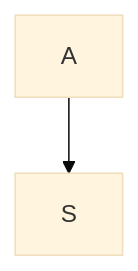
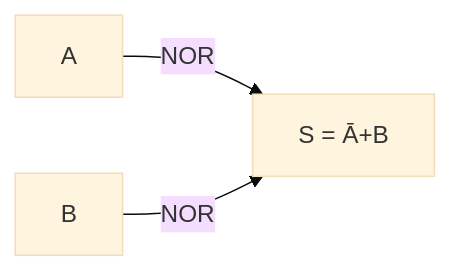
The sixth of 8 diagrams in content/pt-br/resource/Engenharia de Computação/6-periodo/eletronica-digital/anotacoes/aula-01-portas-logicas.md (pedroiff0/page), drawn with Mermaid (base theme) before and after one commit. The commit also changed other lines of this file and 96 other files, not shown here.

````diff
--- a/content/pt-br/resource/Engenharia de Computação/6-periodo/eletronica-digital/anotacoes/aula-01-portas-logicas.md
+++ b/content/pt-br/resource/Engenharia de Computação/6-periodo/eletronica-digital/anotacoes/aula-01-portas-logicas.md
@@ -176,4 +203,4 @@
 ```mermaid
-flowchart TD
-    A[A] --> B[S]
+flowchart LR
+    A[A] & B[B] -->|NOR| S[S = Ā+B]
 ```
````
